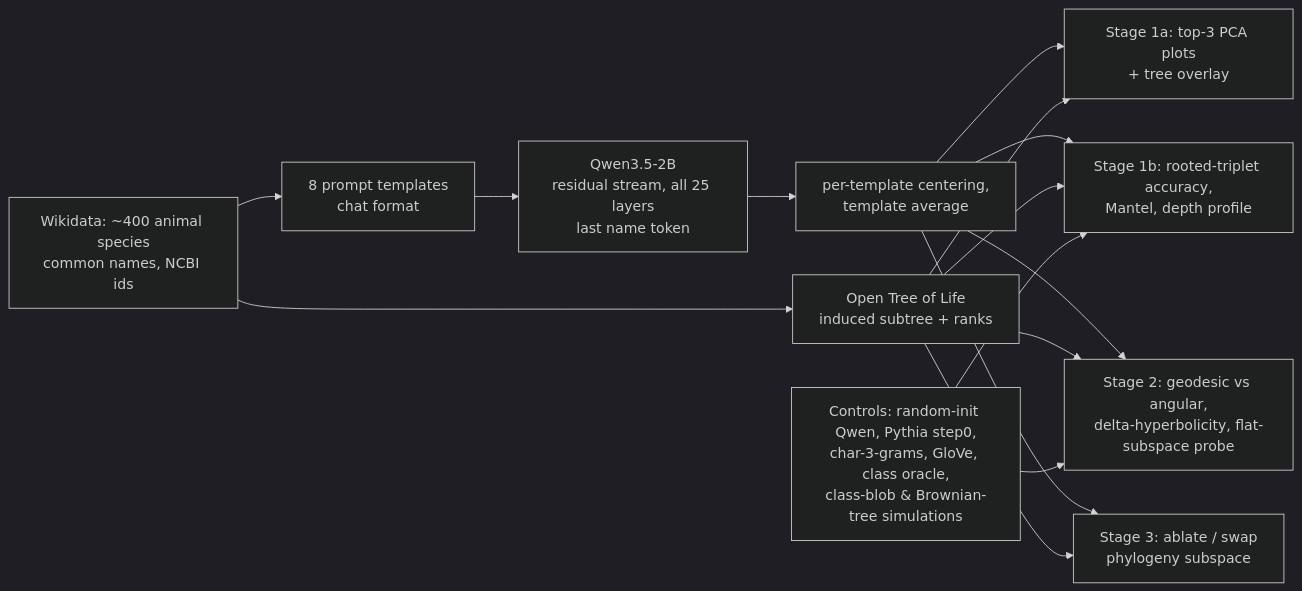
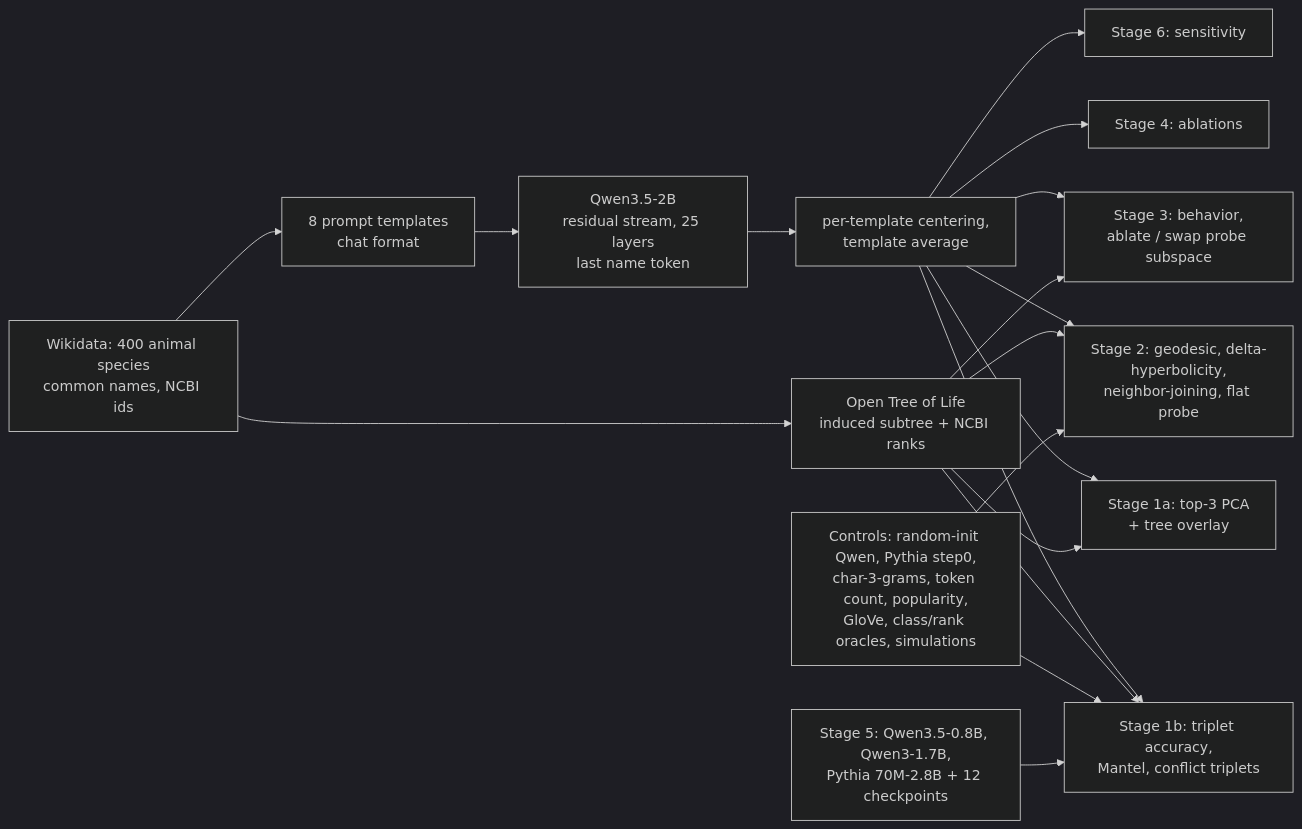
One commit to BurnyCoder/phylogenetic-geometry-of-tree-of-life-in-llms-mechanistic-interpretability changed the diagram in README.md. Above: the diagram before and after it, drawn with Mermaid (dark theme). The commit also changed other lines of this file and 3 other files, not shown here.

Commit message:
README rewrite with highlights, generated results block, figures, method, usage and data flow; docs/pipeline.md

````diff
--- a/README.md
+++ b/README.md
@@ -16,13 +81,16 @@
 ```mermaid
 flowchart LR
-  A[Wikidata: ~400 animal species<br/>common names, NCBI ids] --> B[Open Tree of Life<br/>induced subtree + ranks]
+  A[Wikidata: 400 animal species<br/>common names, NCBI ids] --> B[Open Tree of Life<br/>induced subtree + NCBI ranks]
   A --> C[8 prompt templates<br/>chat format]
-  C --> D[Qwen3.5-2B<br/>residual stream, all 25 layers<br/>last name token]
+  C --> D[Qwen3.5-2B<br/>residual stream, 25 layers<br/>last name token]
   D --> E[per-template centering,<br/>template average]
-  E --> F1[Stage 1a: top-3 PCA plots<br/>+ tree overlay]
-  E --> F2[Stage 1b: rooted-triplet accuracy,<br/>Mantel, depth profile]
-  E --> F3[Stage 2: geodesic vs angular,<br/>delta-hyperbolicity, flat-subspace probe]
-  E --> F4[Stage 3: ablate / swap<br/>phylogeny subspace]
+  E --> F1[Stage 1a: top-3 PCA<br/>+ tree overlay]
+  E --> F2[Stage 1b: triplet accuracy,<br/>Mantel, conflict triplets]
+  E --> F3[Stage 2: geodesic, delta-hyperbolicity,<br/>neighbor-joining, flat probe]
+  E --> F4[Stage 3: behavior,<br/>ablate / swap probe subspace]
+  E --> F5[Stage 4: ablations]
+  E --> F6[Stage 6: sensitivity]
   B --> F1 & F2 & F3 & F4
-  G[Controls: random-init Qwen, Pythia step0,<br/>char-3-grams, GloVe, class oracle,<br/>class-blob & Brownian-tree simulations] --> F2 & F3
+  G[Controls: random-init Qwen, Pythia step0,<br/>char-3-grams, token count, popularity,<br/>GloVe, class/rank oracles, simulations] --> F2 & F3
+  H[Stage 5: Qwen3.5-0.8B, Qwen3-1.7B,<br/>Pythia 70M-2.8B + 12 checkpoints] --> F2
 ```
````
